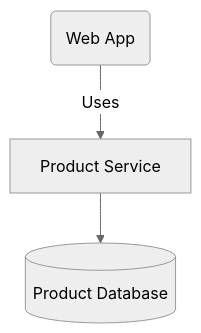
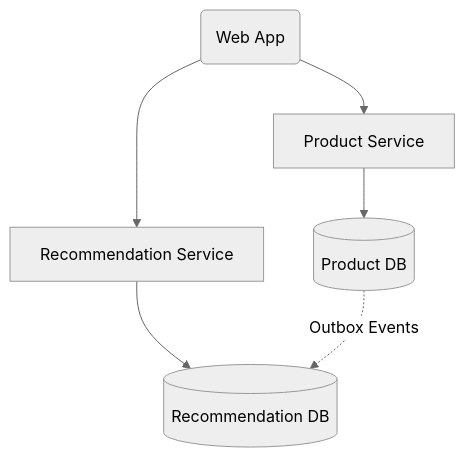
One commit to rafaritter44/architecture-katas changed the diagram in latency-aficionados/README.md. Above: the diagram before and after it, drawn with Mermaid (neutral theme).

Commit message:
Improve latency aficionados' diagram

````diff
--- a/latency-aficionados/README.md
+++ b/latency-aficionados/README.md
@@ -11,5 +11,8 @@
 ```mermaid
 flowchart TD
-    A(Web App) -->|Uses| B[Product Service]
-    B --> C[(Product Database)]
+    WA(Web App) --> PS[Product Service]
+    PS --> PDB[(Product DB)]
+    WA --> RS[Recommendation Service]
+    RS --> RDB[(Recommendation DB)]
+    PDB -.->|Outbox Events| RDB
 ```
````
